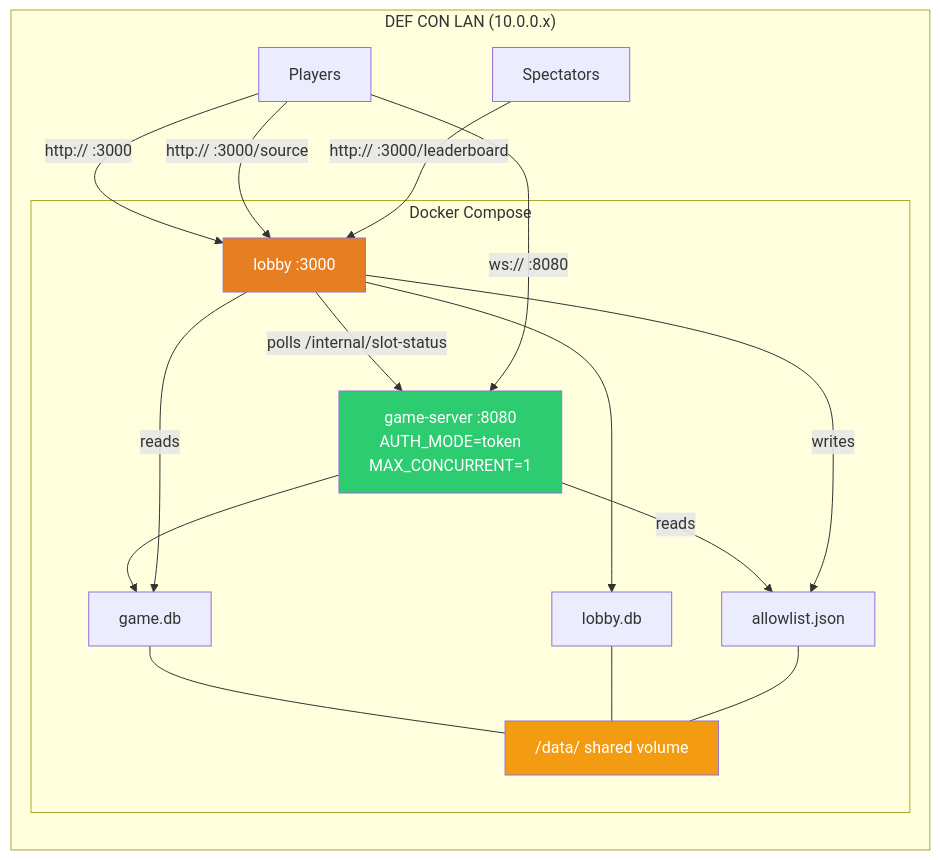
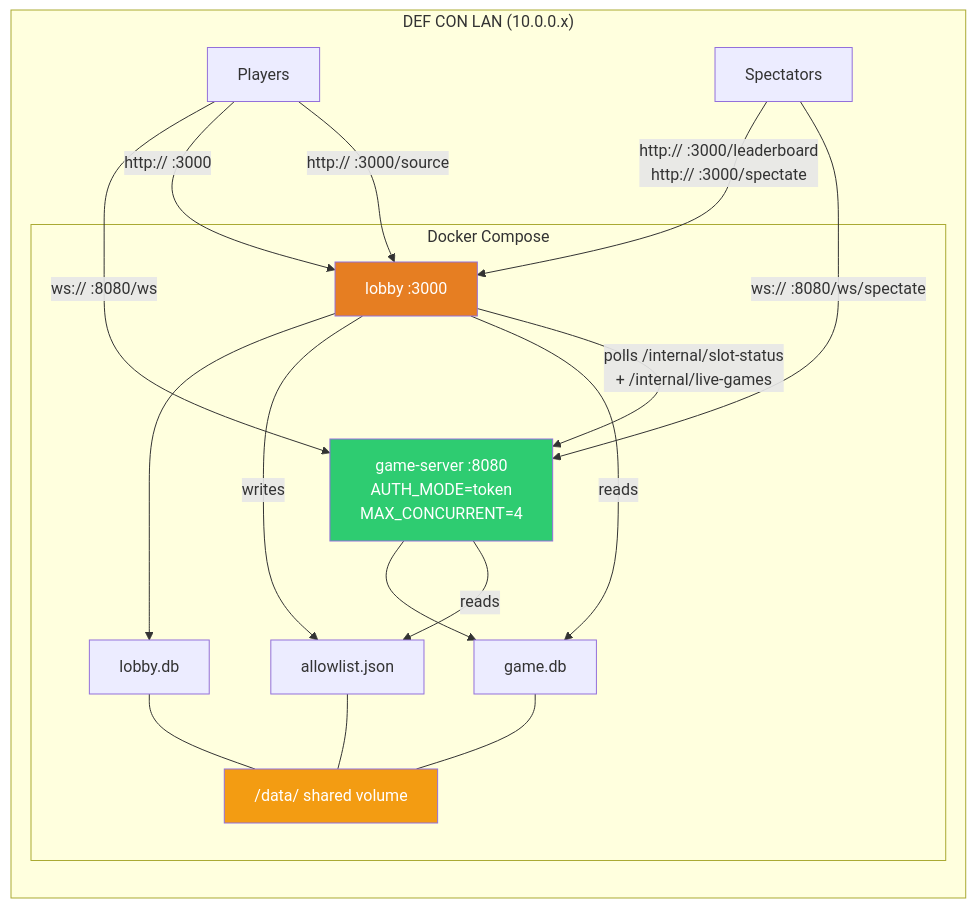
Before and after one commit to NUSGreyhats/dcsg-vibecat-404: the second of 2 diagrams in docs/specs/foundations/01-architecture.md, drawn with Mermaid. The commit also changed other lines of this file and 7 other files, not shown here.

````diff
--- a/docs/specs/foundations/01-architecture.md
+++ b/docs/specs/foundations/01-architecture.md
@@ -75,27 +75,28 @@
 ```mermaid
 graph LR
     subgraph "DEF CON LAN (10.0.0.x)"
         subgraph "Docker Compose"
-            GS["game-server :8080<br/>AUTH_MODE=token<br/>MAX_CONCURRENT=1"]
+            GS["game-server :8080<br/>AUTH_MODE=token<br/>MAX_CONCURRENT=4"]
             QA["lobby :3000"]
             VOL["/data/ shared volume"]
 
             GS --> GDB["game.db"]
             GS -->|reads| AL["allowlist.json"]
             QA --> QDB["lobby.db"]
             QA -->|writes| AL
             QA -->|reads| GDB
             GDB & QDB & AL --- VOL
-            QA -->|"polls /internal/slot-status"| GS
+            QA -->|"polls /internal/slot-status<br/>+ /internal/live-games"| GS
         end
 
-        PLAYER["Players"] -->|"ws:// :8080"| GS
+        PLAYER["Players"] -->|"ws:// :8080/ws"| GS
         PLAYER -->|"http:// :3000"| QA
         PLAYER -->|"http:// :3000/source"| QA
-        SPECTATOR["Spectators"] -->|"http:// :3000/leaderboard"| QA
+        SPECTATOR["Spectators"] -->|"http:// :3000/leaderboard<br/>http:// :3000/spectate"| QA
+        SPECTATOR -->|"ws:// :8080/ws/spectate"| GS
     end
 
     style GS fill:#2ecc71,color:#fff
     style QA fill:#e67e22,color:#fff
     style VOL fill:#f39c12,color:#fff
 ```
````
